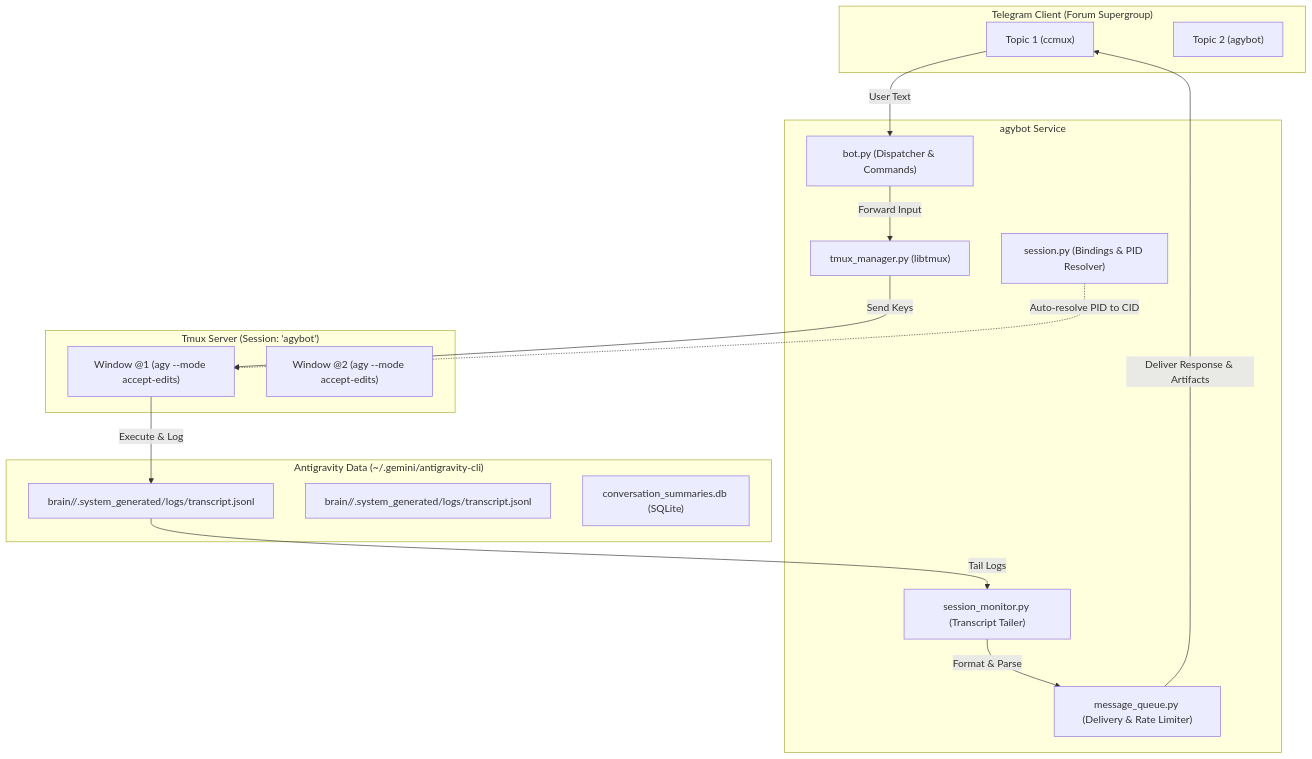
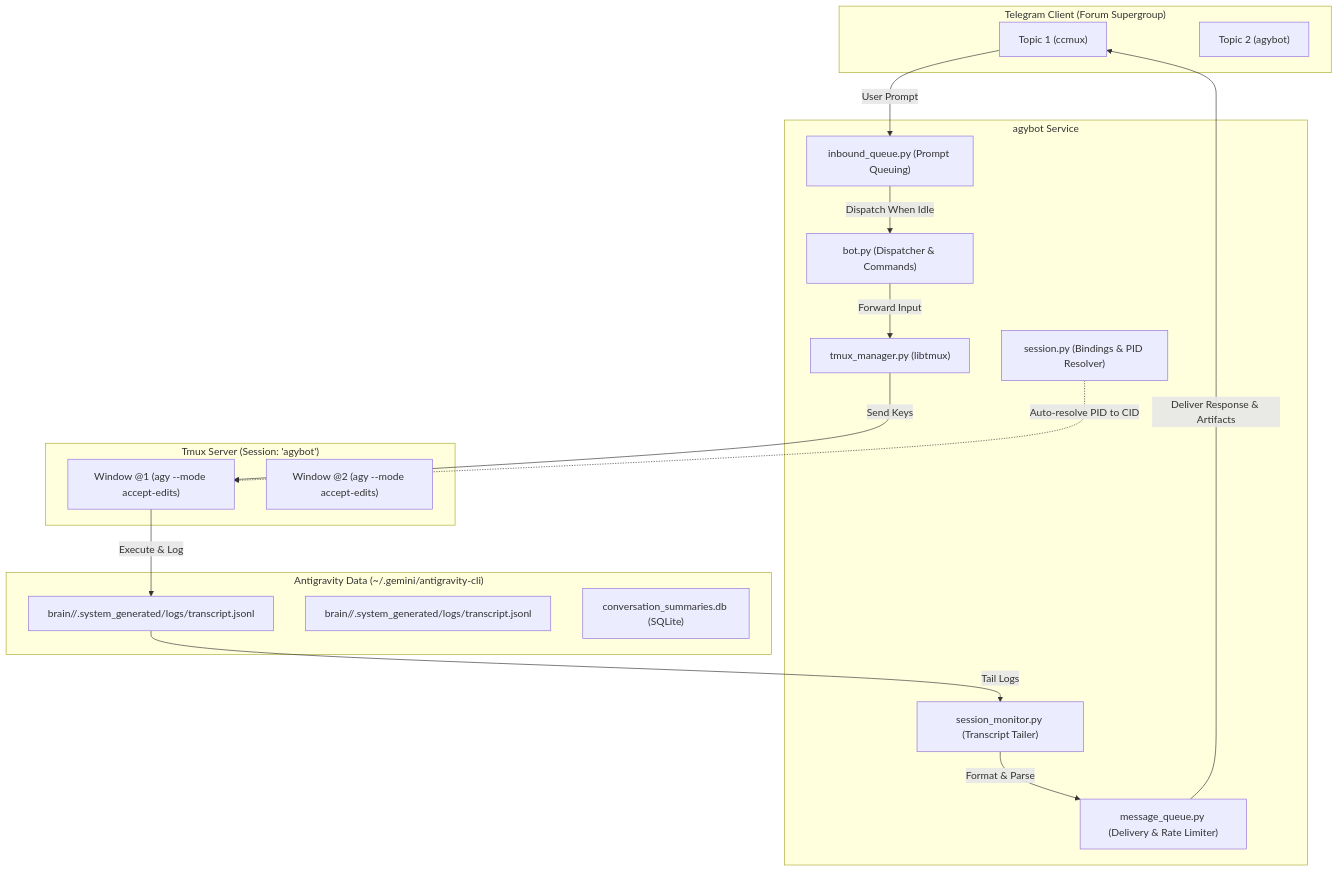
Before and after one commit to ngatomgyi/agybot: the diagram in README.md, drawn with Mermaid. The commit also changed other lines of this file and 3 other files, not shown here.

````diff
--- a/README.md
+++ b/README.md
@@ -26,35 +32,37 @@
 ```mermaid
 flowchart TD
     subgraph Telegram["Telegram Client (Forum Supergroup)"]
         Topic1["Topic 1 (ccmux)"]
         Topic2["Topic 2 (agybot)"]
     end
 
     subgraph agybot["agybot Service"]
         Bot["bot.py (Dispatcher & Commands)"]
         Monitor["session_monitor.py (Transcript Tailer)"]
         SessionMgr["session.py (Bindings & PID Resolver)"]
         TmuxMgr["tmux_manager.py (libtmux)"]
         Queue["message_queue.py (Delivery & Rate Limiter)"]
+        InboundQueue["inbound_queue.py (Prompt Queuing)"]
     end
 
     subgraph Tmux["Tmux Server (Session: 'agybot')"]
         Win1["Window @1 (agy --mode accept-edits)"]
         Win2["Window @2 (agy --mode accept-edits)"]
     end
 
     subgraph Storage["Antigravity Data (~/.gemini/antigravity-cli)"]
         Brain1["brain/<id_1>/.system_generated/logs/transcript.jsonl"]
         Brain2["brain/<id_2>/.system_generated/logs/transcript.jsonl"]
         DB["conversation_summaries.db (SQLite)"]
     end
 
-    Topic1 -->|User Text| Bot
+    Topic1 -->|User Prompt| InboundQueue
+    InboundQueue -->|Dispatch When Idle| Bot
     Bot -->|Forward Input| TmuxMgr
     TmuxMgr -->|Send Keys| Win1
     Win1 -->|Execute & Log| Brain1
     Brain1 -->|Tail Logs| Monitor
     Monitor -->|Format & Parse| Queue
     Queue -->|Deliver Response & Artifacts| Topic1
     SessionMgr -.->|Auto-resolve PID to CID| Win1
 ```
````
